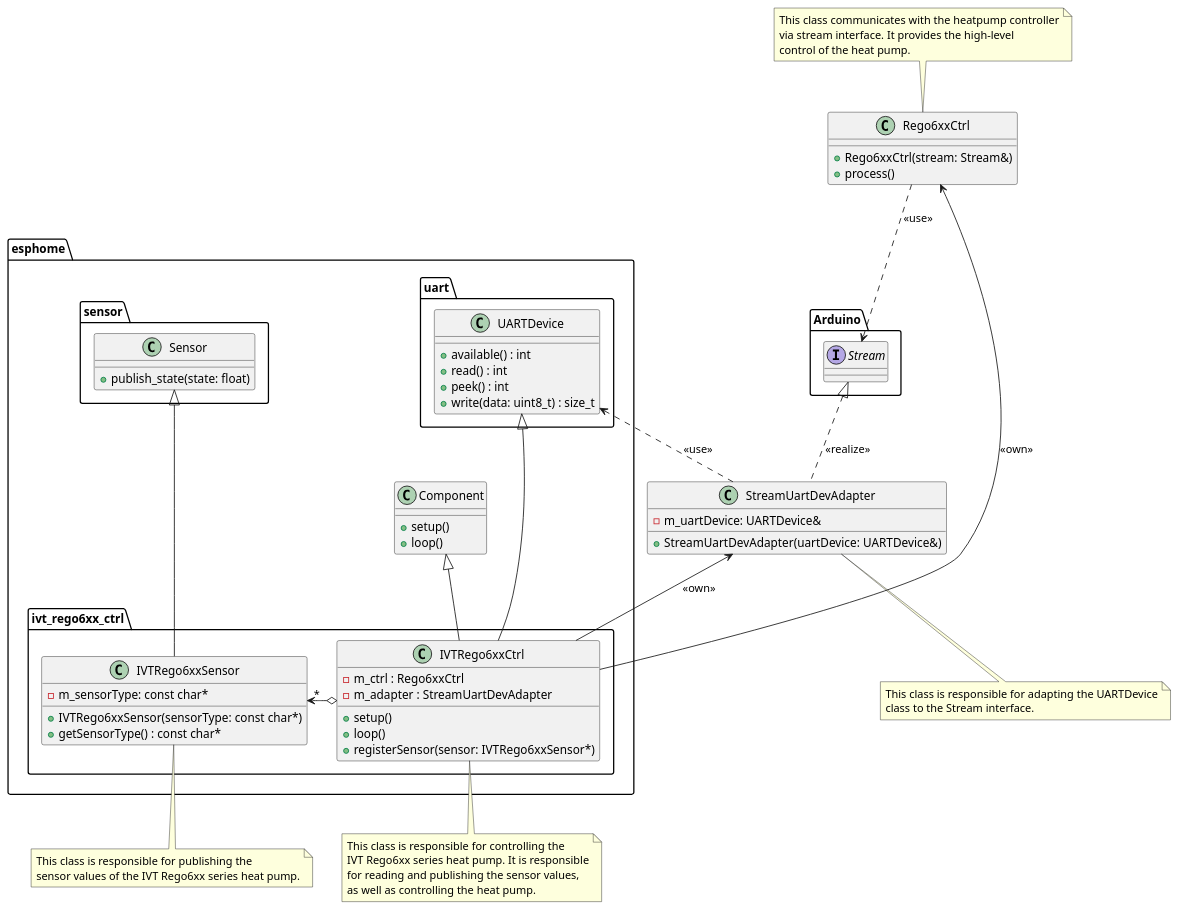
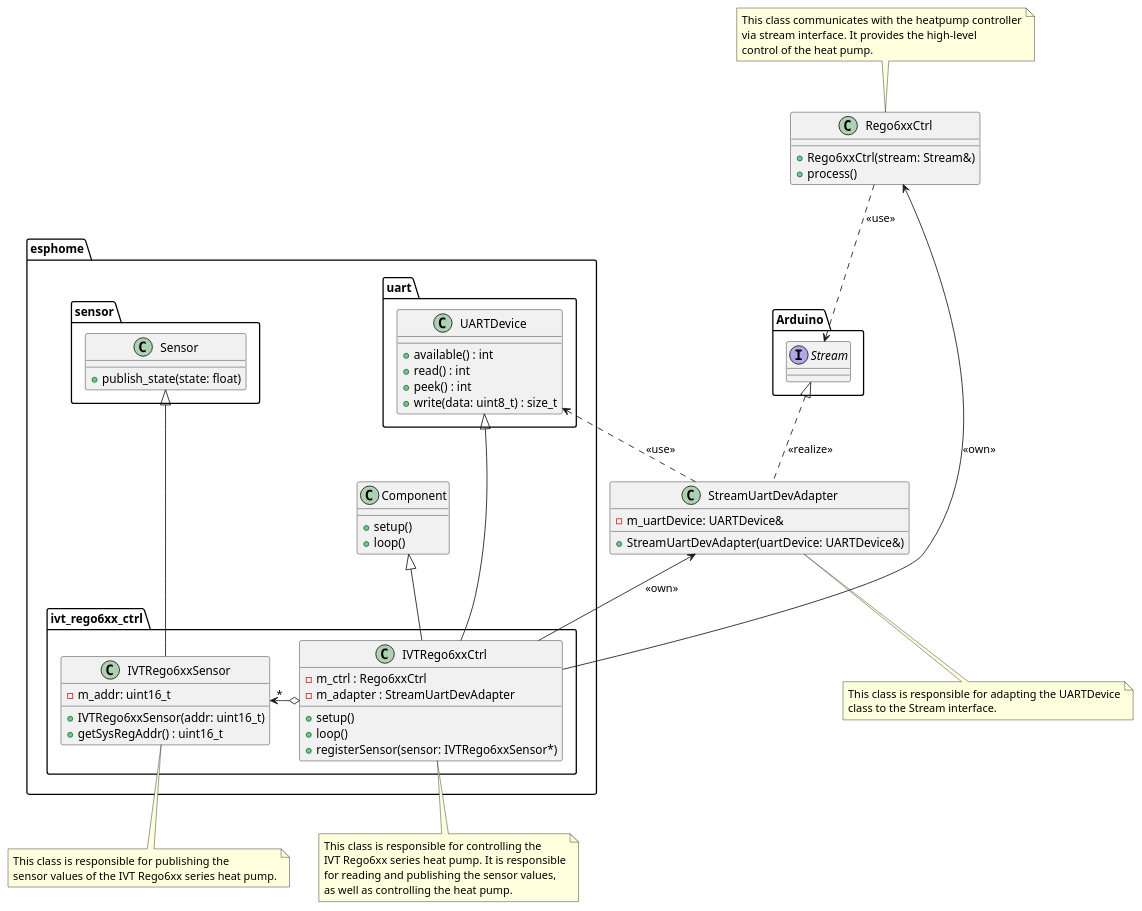
One commit to BlueAndi/IVTRego6xxControl changed the diagram in doc/sw-architecture/class_diagram.puml. Above: the diagram before and after it, drawn with PlantUML. The commit also changed 20 other files, not shown here.

```diff
--- a/doc/sw-architecture/class_diagram.puml
+++ b/doc/sw-architecture/class_diagram.puml
@@ -1,96 +1,96 @@
 @startuml class_diagram
 
 package "esphome" {
 
     package "uart" as uartPckg {
 
         class "UARTDevice" as uartDevice {
             + available() : int
             + read() : int
             + peek() : int
             + write(data: uint8_t) : size_t
         }
     }
 
     class "Component" as comp {
         + setup()
         + loop()
     }
 
     package "sensor" as sensorPckg {
 
         class "Sensor" as sensor {
             + publish_state(state: float)
         }
     }
 
     package "ivt_rego6xx_ctrl" as ivtRego6xxCtrlPckg {
 
         class "IVTRego6xxCtrl" as ivtRego6xxCtrl {
             - m_ctrl : Rego6xxCtrl
             - m_adapter : StreamUartDevAdapter
             + setup()
             + loop()
             + registerSensor(sensor: IVTRego6xxSensor*)
         }
 
         class "IVTRego6xxSensor" as ivtRego6xxSensor {
-            - m_sensorType: const char*
-            + IVTRego6xxSensor(sensorType: const char*)
-            + getSensorType() : const char*
+            - m_addr: uint16_t
+            + IVTRego6xxSensor(addr: uint16_t)
+            + getSysRegAddr() : uint16_t
         }
     }
 }
 
 note bottom of ivtRego6xxCtrl
     This class is responsible for controlling the
     IVT Rego6xx series heat pump. It is responsible
     for reading and publishing the sensor values,
     as well as controlling the heat pump.
 end note
 
 note bottom of ivtRego6xxSensor
     This class is responsible for publishing the
     sensor values of the IVT Rego6xx series heat pump.
 end note
 
 class "StreamUartDevAdapter" as streamUartDevAdapter {
     - m_uartDevice: UARTDevice&
     + StreamUartDevAdapter(uartDevice: UARTDevice&)
 }
 
 note bottom of streamUartDevAdapter
     This class is responsible for adapting the UARTDevice
     class to the Stream interface.
 end note
 
 class "Rego6xxCtrl" as rego6xxCtrl {
     + Rego6xxCtrl(stream: Stream&)
     + process()
 }
 
 note top of rego6xxCtrl
     This class communicates with the heatpump controller
     via stream interface. It provides the high-level
     control of the heat pump.
 end note
 
 package "Arduino" as arduinoPckg {
     interface "Stream" as stream
 }
 
 uartDevice <|--- ivtRego6xxCtrl
 comp <|-- ivtRego6xxCtrl
 rego6xxCtrl <-- ivtRego6xxCtrl: <<own>>
 streamUartDevAdapter <-- ivtRego6xxCtrl: <<own>>
 
 stream <|.. streamUartDevAdapter: <<realize>>
 uartDevice <.. streamUartDevAdapter: <<use>>
 
 rego6xxCtrl ..> stream: <<use>>
 
 sensor <|--- ivtRego6xxSensor
 
 ivtRego6xxSensor "*" <-o ivtRego6xxCtrl
 
 @enduml
```
